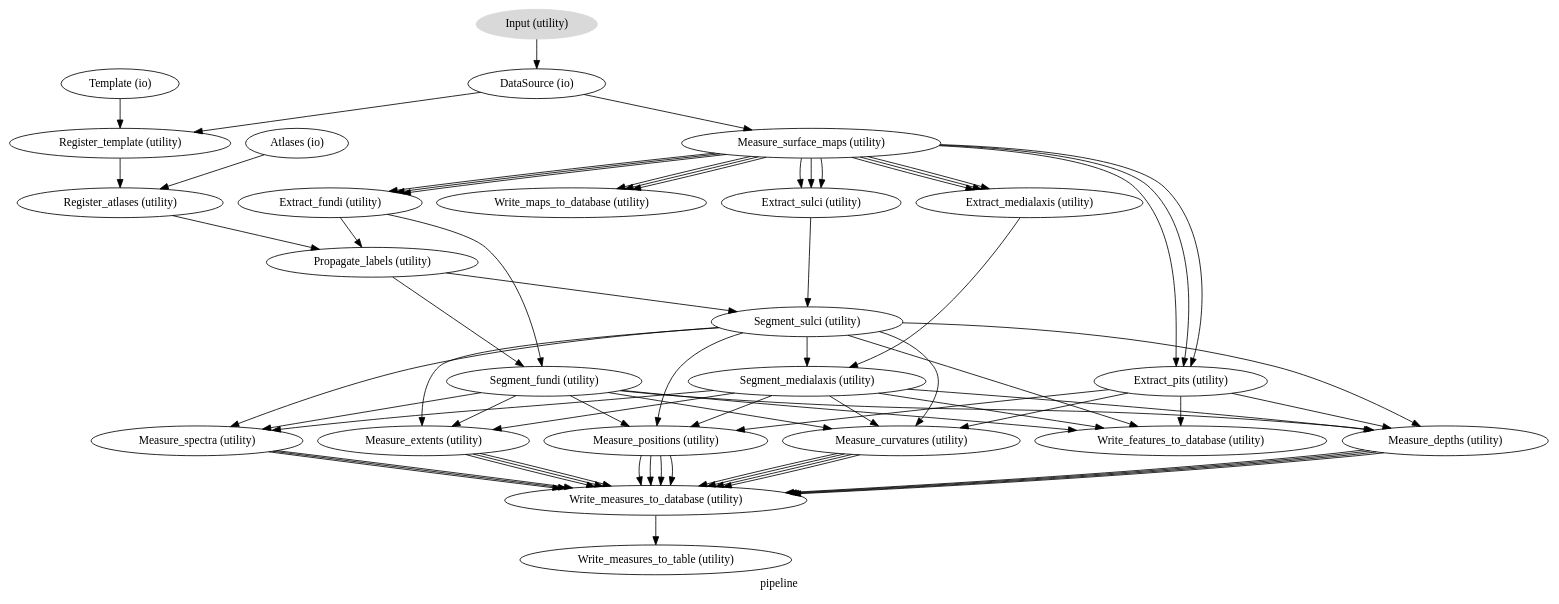
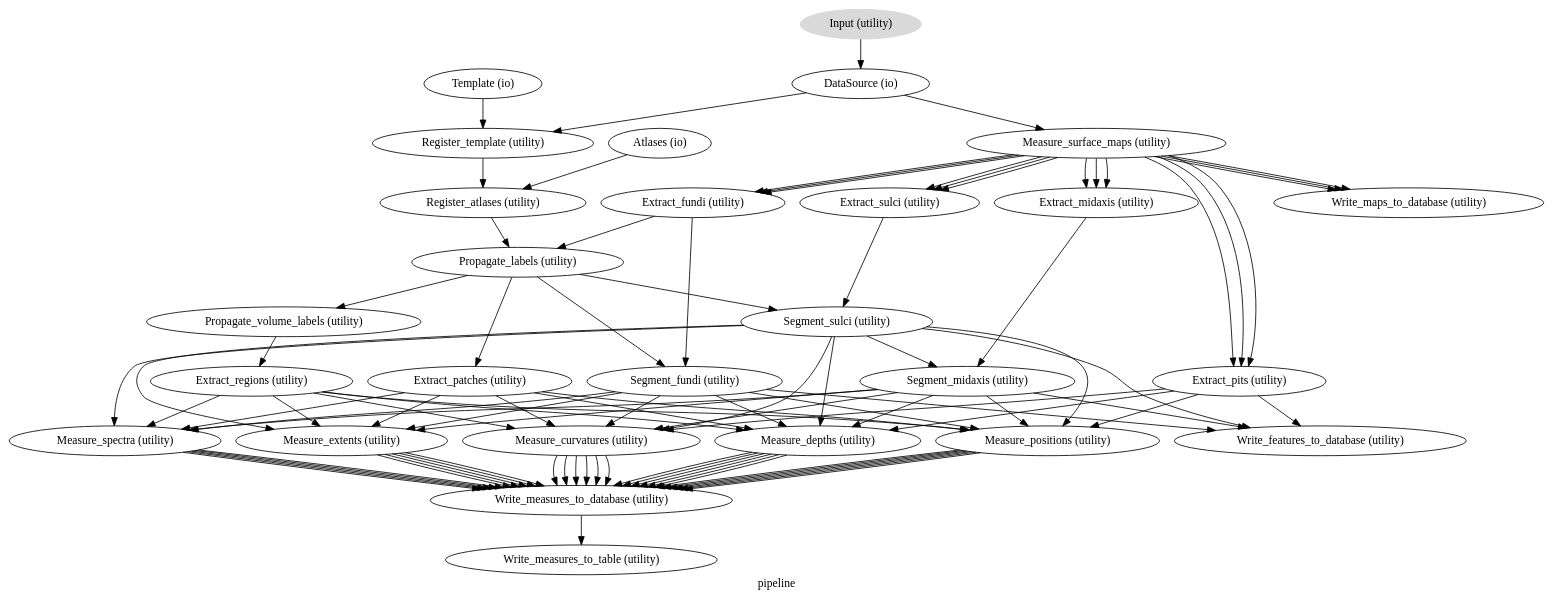
One commit to nipy/mindboggle changed the diagram in pipeline/graph.dot. Above: the diagram before and after it, drawn with Graphviz. The commit also changed 3 other files, not shown here.

Commit message:
pipeline: added labeled patches and regions

```diff
--- a/pipeline/graph.dot
+++ b/pipeline/graph.dot
@@ -1,97 +1,123 @@
 digraph pipeline{
   label="pipeline";
+  pipeline_Template[label="Template (io)"];
   pipeline_Atlases[label="Atlases (io)"];
-  pipeline_Template[label="Template (io)"];
   pipeline_Input[label="Input (utility)", style=filled, colorscheme=greys7 color=2];
   pipeline_DataSource[label="DataSource (io)"];
-  pipeline_Measure_surface_maps[label="Measure_surface_maps (utility)"];
-  pipeline_Extract_sulci[label="Extract_sulci (utility)"];
-  pipeline_Extract_medialaxis[label="Extract_medialaxis (utility)"];
-  pipeline_Extract_pits[label="Extract_pits (utility)"];
-  pipeline_Write_maps_to_database[label="Write_maps_to_database (utility)"];
-  pipeline_Extract_fundi[label="Extract_fundi (utility)"];
   pipeline_Register_template[label="Register_template (utility)"];
   pipeline_Register_atlases[label="Register_atlases (utility)"];
+  pipeline_Measure_surface_maps[label="Measure_surface_maps (utility)"];
+  pipeline_Extract_pits[label="Extract_pits (utility)"];
+  pipeline_Extract_sulci[label="Extract_sulci (utility)"];
+  pipeline_Extract_fundi[label="Extract_fundi (utility)"];
   pipeline_Propagate_labels[label="Propagate_labels (utility)"];
+  pipeline_Propagate_volume_labels[label="Propagate_volume_labels (utility)"];
+  pipeline_Extract_regions[label="Extract_regions (utility)"];
+  pipeline_Segment_sulci[label="Segment_sulci (utility)"];
+  pipeline_Extract_patches[label="Extract_patches (utility)"];
   pipeline_Segment_fundi[label="Segment_fundi (utility)"];
-  pipeline_Segment_sulci[label="Segment_sulci (utility)"];
-  pipeline_Segment_medialaxis[label="Segment_medialaxis (utility)"];
-  pipeline_Measure_curvatures[label="Measure_curvatures (utility)"];
-  pipeline_Write_features_to_database[label="Write_features_to_database (utility)"];
+  pipeline_Write_maps_to_database[label="Write_maps_to_database (utility)"];
+  pipeline_Extract_midaxis[label="Extract_midaxis (utility)"];
+  pipeline_Segment_midaxis[label="Segment_midaxis (utility)"];
   pipeline_Measure_depths[label="Measure_depths (utility)"];
   pipeline_Measure_positions[label="Measure_positions (utility)"];
+  pipeline_Write_features_to_database[label="Write_features_to_database (utility)"];
   pipeline_Measure_extents[label="Measure_extents (utility)"];
   pipeline_Measure_spectra[label="Measure_spectra (utility)"];
+  pipeline_Measure_curvatures[label="Measure_curvatures (utility)"];
   pipeline_Write_measures_to_database[label="Write_measures_to_database (utility)"];
   pipeline_Write_measures_to_table[label="Write_measures_to_table (utility)"];
+  pipeline_Template -> pipeline_Register_template;
   pipeline_Atlases -> pipeline_Register_atlases;
-  pipeline_Template -> pipeline_Register_template;
   pipeline_Input -> pipeline_DataSource;
+  pipeline_DataSource -> pipeline_Measure_surface_maps;
   pipeline_DataSource -> pipeline_Register_template;
-  pipeline_DataSource -> pipeline_Measure_surface_maps;
+  pipeline_Register_template -> pipeline_Register_atlases;
+  pipeline_Register_atlases -> pipeline_Propagate_labels;
+  pipeline_Measure_surface_maps -> pipeline_Extract_pits;
+  pipeline_Measure_surface_maps -> pipeline_Extract_pits;
+  pipeline_Measure_surface_maps -> pipeline_Extract_pits;
   pipeline_Measure_surface_maps -> pipeline_Extract_sulci;
   pipeline_Measure_surface_maps -> pipeline_Extract_sulci;
   pipeline_Measure_surface_maps -> pipeline_Extract_sulci;
-  pipeline_Measure_surface_maps -> pipeline_Extract_medialaxis;
-  pipeline_Measure_surface_maps -> pipeline_Extract_medialaxis;
-  pipeline_Measure_surface_maps -> pipeline_Extract_medialaxis;
-  pipeline_Measure_surface_maps -> pipeline_Extract_pits;
-  pipeline_Measure_surface_maps -> pipeline_Extract_pits;
-  pipeline_Measure_surface_maps -> pipeline_Extract_pits;
   pipeline_Measure_surface_maps -> pipeline_Write_maps_to_database;
   pipeline_Measure_surface_maps -> pipeline_Write_maps_to_database;
   pipeline_Measure_surface_maps -> pipeline_Write_maps_to_database;
+  pipeline_Measure_surface_maps -> pipeline_Extract_midaxis;
+  pipeline_Measure_surface_maps -> pipeline_Extract_midaxis;
+  pipeline_Measure_surface_maps -> pipeline_Extract_midaxis;
   pipeline_Measure_surface_maps -> pipeline_Extract_fundi;
   pipeline_Measure_surface_maps -> pipeline_Extract_fundi;
   pipeline_Measure_surface_maps -> pipeline_Extract_fundi;
-  pipeline_Extract_sulci -> pipeline_Segment_sulci;
-  pipeline_Extract_medialaxis -> pipeline_Segment_medialaxis;
   pipeline_Extract_pits -> pipeline_Measure_positions;
   pipeline_Extract_pits -> pipeline_Write_features_to_database;
   pipeline_Extract_pits -> pipeline_Measure_depths;
   pipeline_Extract_pits -> pipeline_Measure_curvatures;
+  pipeline_Extract_sulci -> pipeline_Segment_sulci;
   pipeline_Extract_fundi -> pipeline_Segment_fundi;
   pipeline_Extract_fundi -> pipeline_Propagate_labels;
-  pipeline_Register_template -> pipeline_Register_atlases;
-  pipeline_Register_atlases -> pipeline_Propagate_labels;
+  pipeline_Propagate_labels -> pipeline_Propagate_volume_labels;
+  pipeline_Propagate_labels -> pipeline_Segment_sulci;
   pipeline_Propagate_labels -> pipeline_Segment_fundi;
-  pipeline_Propagate_labels -> pipeline_Segment_sulci;
+  pipeline_Propagate_labels -> pipeline_Extract_patches;
+  pipeline_Propagate_volume_labels -> pipeline_Extract_regions;
+  pipeline_Extract_regions -> pipeline_Measure_spectra;
+  pipeline_Extract_regions -> pipeline_Measure_positions;
+  pipeline_Extract_regions -> pipeline_Measure_extents;
+  pipeline_Extract_regions -> pipeline_Measure_curvatures;
+  pipeline_Extract_regions -> pipeline_Measure_depths;
+  pipeline_Segment_sulci -> pipeline_Measure_curvatures;
+  pipeline_Segment_sulci -> pipeline_Measure_depths;
+  pipeline_Segment_sulci -> pipeline_Measure_spectra;
+  pipeline_Segment_sulci -> pipeline_Segment_midaxis;
+  pipeline_Segment_sulci -> pipeline_Measure_positions;
+  pipeline_Segment_sulci -> pipeline_Write_features_to_database;
+  pipeline_Segment_sulci -> pipeline_Measure_extents;
+  pipeline_Extract_patches -> pipeline_Measure_spectra;
+  pipeline_Extract_patches -> pipeline_Measure_positions;
+  pipeline_Extract_patches -> pipeline_Measure_extents;
+  pipeline_Extract_patches -> pipeline_Measure_curvatures;
+  pipeline_Extract_patches -> pipeline_Measure_depths;
   pipeline_Segment_fundi -> pipeline_Measure_curvatures;
+  pipeline_Segment_fundi -> pipeline_Measure_depths;
+  pipeline_Segment_fundi -> pipeline_Measure_spectra;
+  pipeline_Segment_fundi -> pipeline_Measure_positions;
   pipeline_Segment_fundi -> pipeline_Write_features_to_database;
-  pipeline_Segment_fundi -> pipeline_Measure_depths;
-  pipeline_Segment_fundi -> pipeline_Measure_positions;
   pipeline_Segment_fundi -> pipeline_Measure_extents;
-  pipeline_Segment_fundi -> pipeline_Measure_spectra;
-  pipeline_Segment_sulci -> pipeline_Measure_curvatures;
-  pipeline_Segment_sulci -> pipeline_Segment_medialaxis;
-  pipeline_Segment_sulci -> pipeline_Write_features_to_database;
-  pipeline_Segment_sulci -> pipeline_Measure_depths;
-  pipeline_Segment_sulci -> pipeline_Measure_positions;
-  pipeline_Segment_sulci -> pipeline_Measure_extents;
-  pipeline_Segment_sulci -> pipeline_Measure_spectra;
-  pipeline_Segment_medialaxis -> pipeline_Measure_curvatures;
-  pipeline_Segment_medialaxis -> pipeline_Write_features_to_database;
-  pipeline_Segment_medialaxis -> pipeline_Measure_depths;
-  pipeline_Segment_medialaxis -> pipeline_Measure_positions;
-  pipeline_Segment_medialaxis -> pipeline_Measure_extents;
-  pipeline_Segment_medialaxis -> pipeline_Measure_spectra;
-  pipeline_Measure_curvatures -> pipeline_Write_measures_to_database;
-  pipeline_Measure_curvatures -> pipeline_Write_measures_to_database;
-  pipeline_Measure_curvatures -> pipeline_Write_measures_to_database;
-  pipeline_Measure_curvatures -> pipeline_Write_measures_to_database;
+  pipeline_Extract_midaxis -> pipeline_Segment_midaxis;
+  pipeline_Segment_midaxis -> pipeline_Measure_curvatures;
+  pipeline_Segment_midaxis -> pipeline_Measure_depths;
+  pipeline_Segment_midaxis -> pipeline_Measure_spectra;
+  pipeline_Segment_midaxis -> pipeline_Measure_positions;
+  pipeline_Segment_midaxis -> pipeline_Write_features_to_database;
+  pipeline_Segment_midaxis -> pipeline_Measure_extents;
+  pipeline_Measure_depths -> pipeline_Write_measures_to_database;
+  pipeline_Measure_depths -> pipeline_Write_measures_to_database;
   pipeline_Measure_depths -> pipeline_Write_measures_to_database;
   pipeline_Measure_depths -> pipeline_Write_measures_to_database;
   pipeline_Measure_depths -> pipeline_Write_measures_to_database;
   pipeline_Measure_depths -> pipeline_Write_measures_to_database;
   pipeline_Measure_positions -> pipeline_Write_measures_to_database;
   pipeline_Measure_positions -> pipeline_Write_measures_to_database;
   pipeline_Measure_positions -> pipeline_Write_measures_to_database;
   pipeline_Measure_positions -> pipeline_Write_measures_to_database;
+  pipeline_Measure_positions -> pipeline_Write_measures_to_database;
+  pipeline_Measure_positions -> pipeline_Write_measures_to_database;
+  pipeline_Measure_extents -> pipeline_Write_measures_to_database;
+  pipeline_Measure_extents -> pipeline_Write_measures_to_database;
   pipeline_Measure_extents -> pipeline_Write_measures_to_database;
   pipeline_Measure_extents -> pipeline_Write_measures_to_database;
   pipeline_Measure_extents -> pipeline_Write_measures_to_database;
   pipeline_Measure_spectra -> pipeline_Write_measures_to_database;
   pipeline_Measure_spectra -> pipeline_Write_measures_to_database;
   pipeline_Measure_spectra -> pipeline_Write_measures_to_database;
+  pipeline_Measure_spectra -> pipeline_Write_measures_to_database;
+  pipeline_Measure_spectra -> pipeline_Write_measures_to_database;
+  pipeline_Measure_curvatures -> pipeline_Write_measures_to_database;
+  pipeline_Measure_curvatures -> pipeline_Write_measures_to_database;
+  pipeline_Measure_curvatures -> pipeline_Write_measures_to_database;
+  pipeline_Measure_curvatures -> pipeline_Write_measures_to_database;
+  pipeline_Measure_curvatures -> pipeline_Write_measures_to_database;
+  pipeline_Measure_curvatures -> pipeline_Write_measures_to_database;
   pipeline_Write_measures_to_database -> pipeline_Write_measures_to_table;
 }
```
